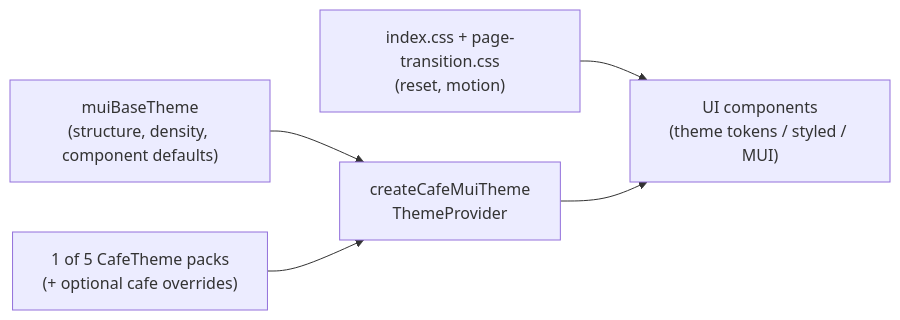
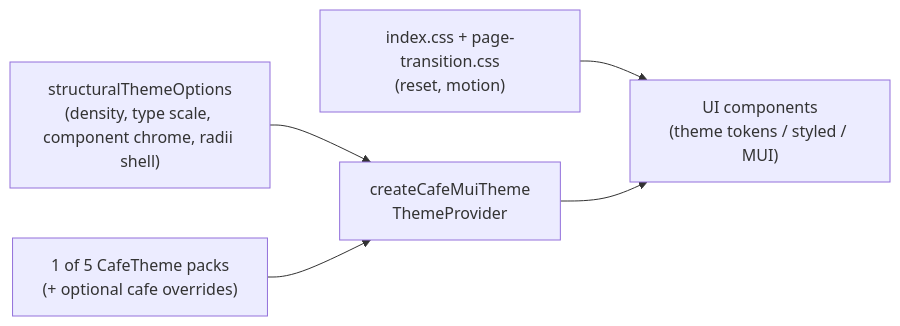
One commit to SeanIntegrator/moonshot changed the diagram in docs/order-ahead-styling.md. Above: the diagram before and after it, drawn with Mermaid. The commit also changed other lines of this file and 241 other files, not shown here.

````diff
--- a/docs/order-ahead-styling.md
+++ b/docs/order-ahead-styling.md
@@ -7,13 +7,13 @@
 ```mermaid
 flowchart LR
   baseCss["index.css + page-transition.css\n(reset, motion)"]
-  baseMui["muiBaseTheme\n(structure, density, component defaults)"]
+  structural["structuralThemeOptions\n(density, type scale, component chrome, radii shell)"]
   cafePack["1 of 5 CafeTheme packs\n(+ optional cafe overrides)"]
   merged["createCafeMuiTheme\nThemeProvider"]
   ui["UI components\n(theme tokens / styled / MUI)"]
 
   baseCss --> ui
-  baseMui --> merged
+  structural --> merged
   cafePack --> merged
   merged --> ui
 ```
````
